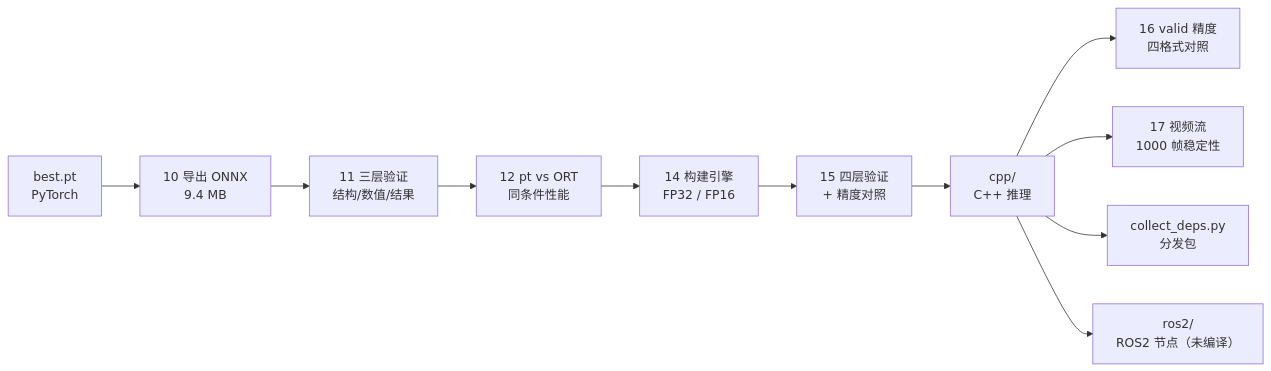
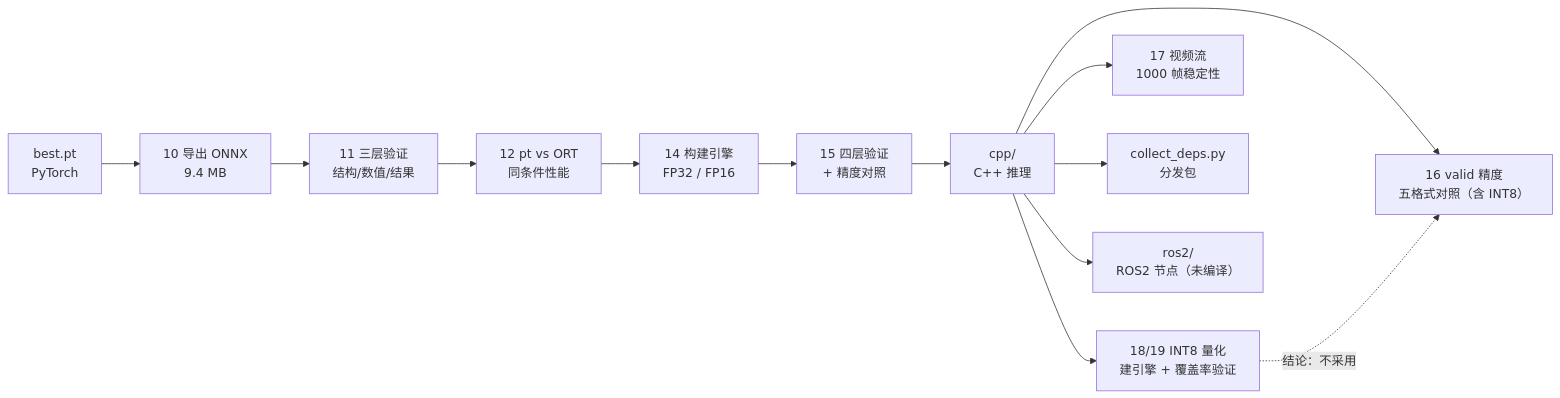
One commit to DOURENCHI/YOLO-road-detection changed the second of 2 diagrams in docs/architecture.md. Above: the diagram before and after it, drawn with Mermaid. The commit also changed other lines of this file and 11 other files, not shown here.

````diff
--- a/docs/architecture.md
+++ b/docs/architecture.md
@@ -51,13 +51,15 @@
 ```mermaid
 flowchart LR
     A["best.pt<br/>PyTorch"] --> B["10 导出 ONNX<br/>9.4 MB"]
     B --> C["11 三层验证<br/>结构/数值/结果"]
     C --> D["12 pt vs ORT<br/>同条件性能"]
     D --> E["14 构建引擎<br/>FP32 / FP16"]
     E --> F["15 四层验证<br/>+ 精度对照"]
     F --> G["cpp/<br/>C++ 推理"]
-    G --> H["16 valid 精度<br/>四格式对照"]
+    G --> H["16 valid 精度<br/>五格式对照（含 INT8）"]
+    G --> H8["18/19 INT8 量化<br/>建引擎 + 覆盖率验证"]
+    H8 -.结论：不采用.-> H
     G --> I["17 视频流<br/>1000 帧稳定性"]
     G --> J["collect_deps.py<br/>分发包"]
     G --> K["ros2/<br/>ROS2 节点（未编译）"]
 ```
````
